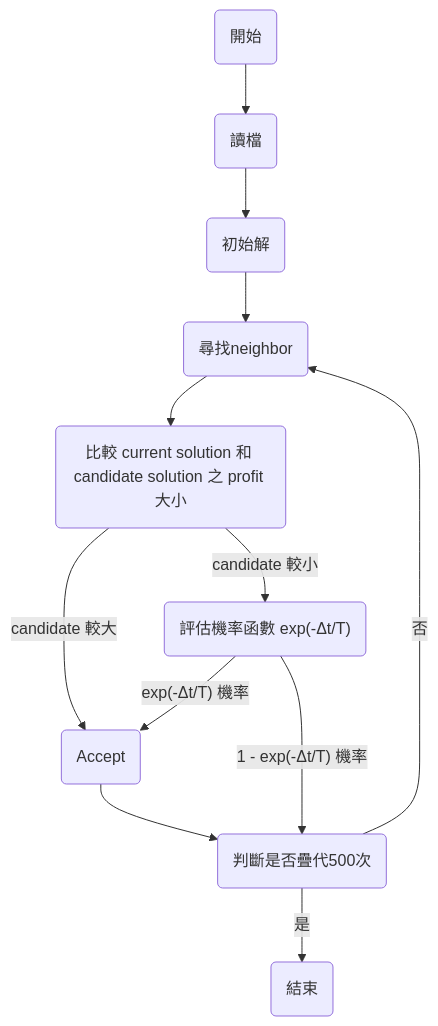
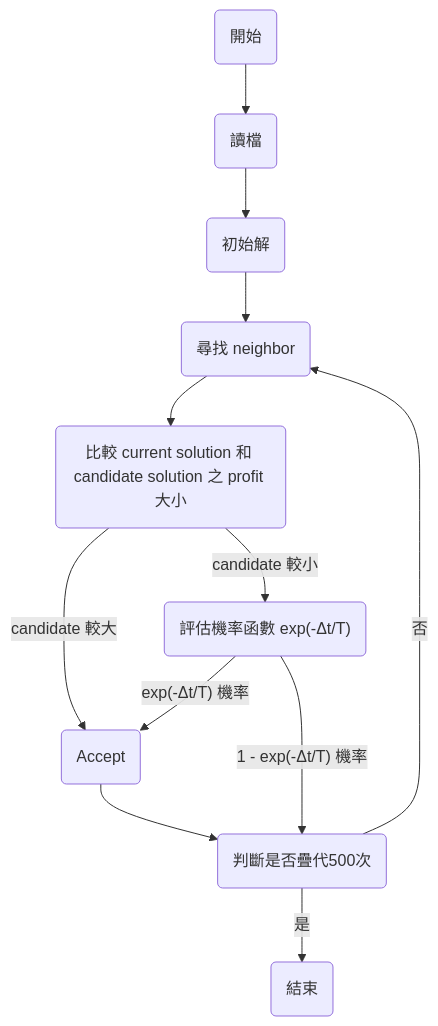
One commit to Kenhchs/AWINLAB changed the diagram in 2.Meta-heuristic Algorithm/2.Simulated annealing/README.md. Above: the diagram before and after it, drawn with Mermaid.

````diff
--- a/2.Meta-heuristic Algorithm/2.Simulated annealing/README.md
+++ b/2.Meta-heuristic Algorithm/2.Simulated annealing/README.md
@@ -32,14 +32,14 @@
 ```mermaid
 graph TD;
   A(開始) -->B(讀檔)
   B --> C(初始解)
-  C --> D(尋找neighbor)
+  C --> D(尋找 neighbor)
   D --> E(比較 current solution 和 candidate solution 之 profit 大小)
   E --> |candidate 較大| F(Accept)
   E --> |candidate 較小| G("評估機率函數 exp(-Δt/T)")
   G --> |"exp(-Δt/T) 機率"| F
   G --> |"1 - exp(-Δt/T) 機率"| H(判斷是否疊代500次)
   F --> H
   H --> |是| I(結束)
   H --> |否| D
 ```
````
